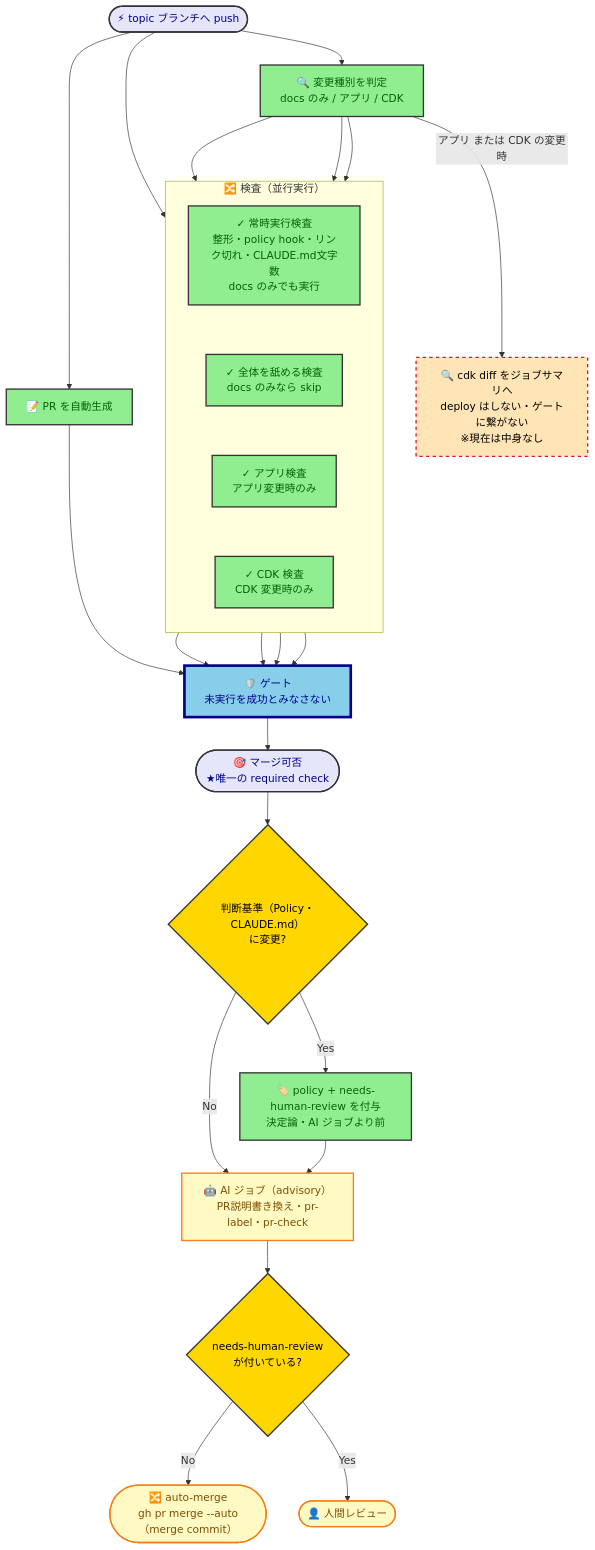
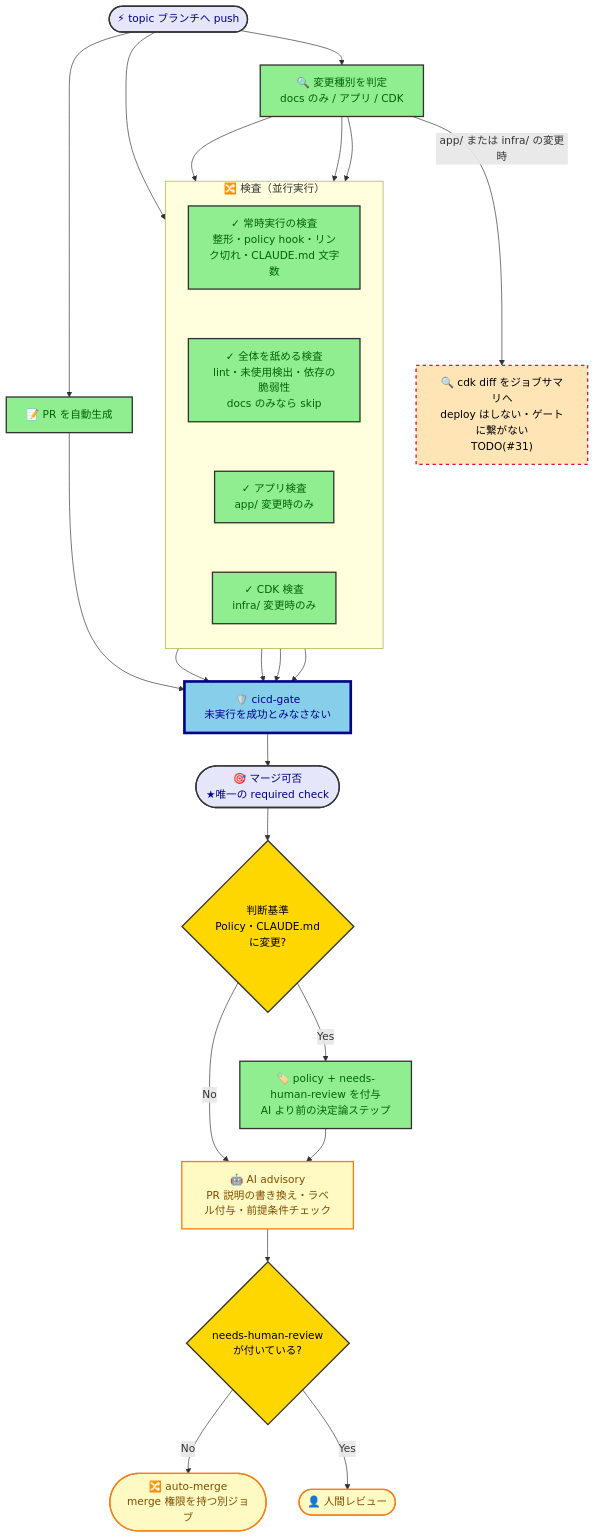
The first of 2 diagrams in docs/design/cicd-design.md (kasiopeiya/claude-dev-template), drawn with Mermaid before and after one commit. The commit also changed other lines of this file and 8 other files, not shown here.

````diff
--- a/docs/design/cicd-design.md
+++ b/docs/design/cicd-design.md
@@ -60,55 +20,53 @@
 ```mermaid
 flowchart TD
     Push([⚡ topic ブランチへ push]) --> PR[📝 PR を自動生成]
     Push --> Detect[🔍 変更種別を判定<br/>docs のみ / アプリ / CDK]
-    Push --> AlwaysChecks
+    Push --> Always
 
     subgraph Checks["🔀 検査（並行実行）"]
         direction TB
-        AlwaysChecks["✓ 常時実行検査<br/>整形・policy hook・リンク切れ・CLAUDE.md文字数<br/>docs のみでも実行"]
-        Common[✓ 全体を舐める検査<br/>docs のみなら skip]
-        App[✓ アプリ検査<br/>アプリ変更時のみ]
-        Cdk[✓ CDK 検査<br/>CDK 変更時のみ]
-        AlwaysChecks ~~~ Common ~~~ App ~~~ Cdk
+        Always["✓ 常時実行の検査<br/>整形・policy hook・リンク切れ・CLAUDE.md 文字数"]
+        Common["✓ 全体を舐める検査<br/>lint・未使用検出・依存の脆弱性<br/>docs のみなら skip"]
+        App["✓ アプリ検査<br/>app/ 変更時のみ"]
+        Cdk["✓ CDK 検査<br/>infra/ 変更時のみ"]
+        Always ~~~ Common ~~~ App ~~~ Cdk
     end
 
     Detect --> Common
     Detect --> App
     Detect --> Cdk
+    Detect -->|app/ または infra/ の変更時| Diff["🔍 cdk diff をジョブサマリへ<br/>deploy はしない・ゲートに繋がない<br/>TODO(#31)"]
 
-    Detect -->|アプリ または CDK の変更時| Diff["🔍 cdk diff をジョブサマリへ<br/>deploy はしない・ゲートに繋がない<br/>※現在は中身なし"]
-
-    Gate["🛡️ ゲート<br/>未実行を成功とみなさない"]
-
-    AlwaysChecks --> Gate
+    Always --> Gate
     Common --> Gate
     App --> Gate
     Cdk --> Gate
     PR --> Gate
 
+    Gate["🛡️ cicd-gate<br/>未実行を成功とみなさない"]
     Gate --> Merge([🎯 マージ可否<br/>★唯一の required check])
 
-    Merge --> PolicyCheck{判断基準（Policy・CLAUDE.md）<br/>に変更?}
-    PolicyCheck -->|Yes| PolicyLabel["🏷️ policy + needs-human-review を付与<br/>決定論・AI ジョブより前"]
+    Merge --> PolicyCheck{判断基準<br/>Policy・CLAUDE.md<br/>に変更?}
+    PolicyCheck -->|Yes| PolicyLabel["🏷️ policy + needs-human-review を付与<br/>AI より前の決定論ステップ"]
     PolicyCheck -->|No| AiJob
     PolicyLabel --> AiJob
 
-    AiJob["🤖 AI ジョブ（advisory）<br/>PR説明書き換え・pr-label・pr-check"]
+    AiJob["🤖 AI advisory<br/>PR 説明の書き換え・ラベル付与・前提条件チェック"]
     AiJob --> AutoMergeCheck{needs-human-review<br/>が付いている?}
-    AutoMergeCheck -->|No| AutoMerge(["🔀 auto-merge<br/>gh pr merge --auto（merge commit）"])
+    AutoMergeCheck -->|No| AutoMerge(["🔀 auto-merge<br/>merge 権限を持つ別ジョブ"])
     AutoMergeCheck -->|Yes| HumanReview(["👤 人間レビュー"])
 
     classDef startEnd fill:#E6E6FA,stroke:#333,stroke-width:2px,color:darkblue
     classDef process fill:#90EE90,stroke:#333,stroke-width:2px,color:darkgreen
     classDef decision fill:#FFD700,stroke:#333,stroke-width:2px,color:black
     classDef gate fill:#87CEEB,stroke:#00008B,stroke-width:4px,color:darkblue
     classDef hollow fill:#FFE4B5,stroke:#DC143C,stroke-width:2px,stroke-dasharray: 5 5,color:black
     classDef advisory fill:#FFF9C4,stroke:#F57F17,stroke-width:2px,color:#7f4f00
 
     class Push,Merge startEnd
-    class PR,Detect,AlwaysChecks,Common,App,Cdk,PolicyLabel process
+    class PR,Detect,Always,Common,App,Cdk,PolicyLabel process
     class PolicyCheck,AutoMergeCheck decision
     class Diff hollow
     class Gate gate
     class AiJob,AutoMerge,HumanReview advisory
 ```
````
